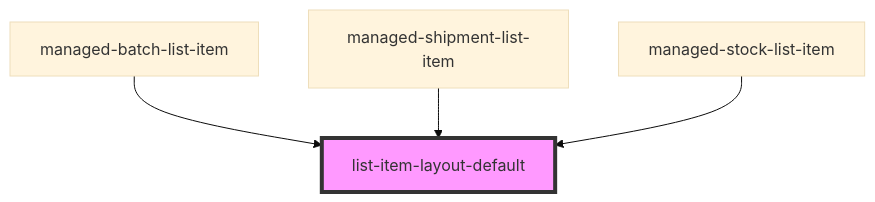
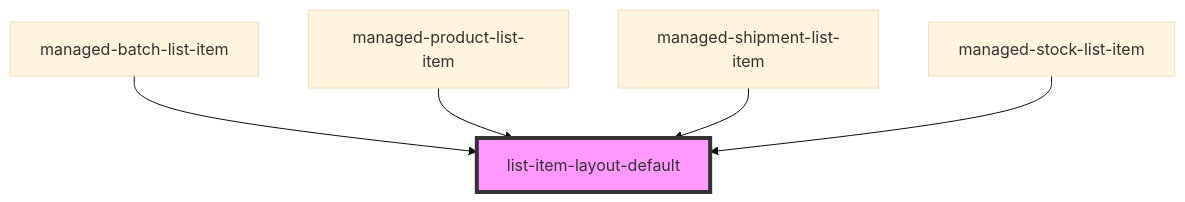
The diagram in pdm-web-components/src/components/list-item-layout-default/readme.md (PharmaLedger-IMI/fgt-workspace), drawn with Mermaid (base theme) before and after one commit. The commit also changed other lines of this file and 2 other files, not shown here.

Commit message:
refs #51 readme updated

````diff
--- a/pdm-web-components/src/components/list-item-layout-default/readme.md
+++ b/pdm-web-components/src/components/list-item-layout-default/readme.md
@@ -28,7 +29,8 @@
 ```mermaid
 graph TD;
   managed-batch-list-item --> list-item-layout-default
+  managed-product-list-item --> list-item-layout-default
   managed-shipment-list-item --> list-item-layout-default
   managed-stock-list-item --> list-item-layout-default
   style list-item-layout-default fill:#f9f,stroke:#333,stroke-width:4px
 ```
````
